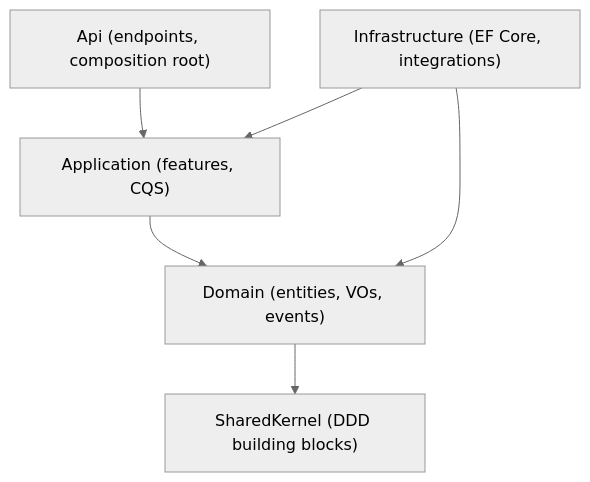
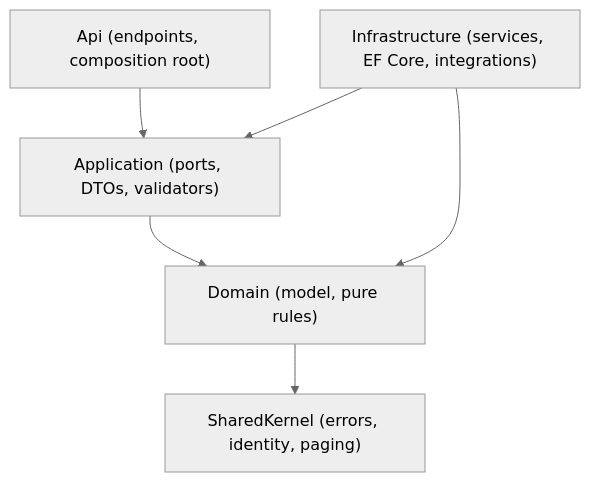
One commit to PlainConceptsPlatform/foundations changed the fourth of 4 diagrams in ai/ARCHITECTURE.md. Above: the diagram before and after it, drawn with Mermaid (neutral theme). The commit also changed other lines of this file and 24 other files, not shown here.

````diff
--- a/ai/ARCHITECTURE.md
+++ b/ai/ARCHITECTURE.md
@@ -283,8 +404,8 @@
 ```mermaid
 flowchart TD
-  api["Api (endpoints, composition root)"] --> app["Application (features, CQS)"]
-  infra["Infrastructure (EF Core, integrations)"] --> app
-  app --> domain["Domain (entities, VOs, events)"]
+  api["Api (endpoints, composition root)"] --> app["Application (ports, DTOs, validators)"]
+  infra["Infrastructure (services, EF Core, integrations)"] --> app
+  app --> domain["Domain (model, pure rules)"]
   infra --> domain
-  domain --> kernel["SharedKernel (DDD building blocks)"]
+  domain --> kernel["SharedKernel (errors, identity, paging)"]
 ```
````
